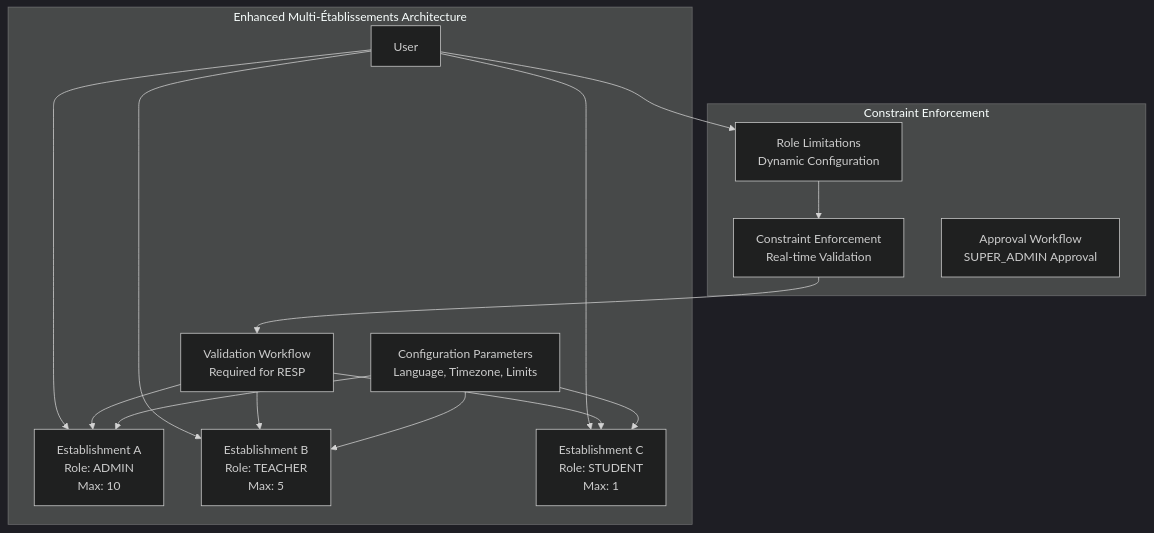
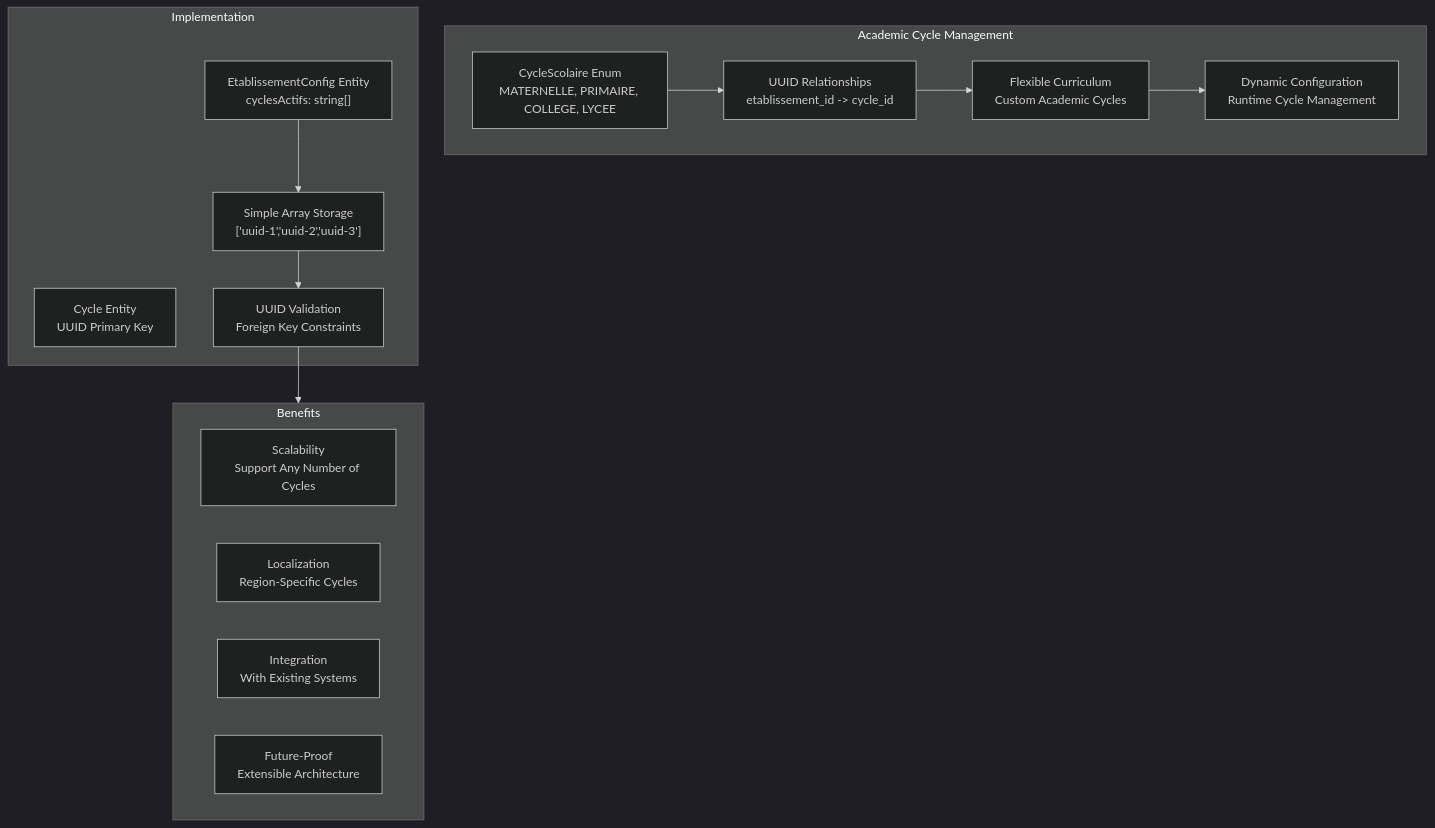
One commit to franckylab/eLISAschool changed the third of 11 diagrams in .qoder/repowiki/en/content/Modules & Features/Administrative Modules/Establishment Management.md. Above: the diagram before and after it, drawn with Mermaid (dark theme). The commit also changed other lines of this file and 95 other files, not shown here.

First line of the commit message:
refactor(architecture): corriger la source de vérité des informations établissement

````diff
--- a/.qoder/repowiki/en/content/Modules & Features/Administrative Modules/Establishment Management.md
+++ b/.qoder/repowiki/en/content/Modules & Features/Administrative Modules/Establishment Management.md
@@ -127,28 +222,27 @@
 ```mermaid
 graph TB
-subgraph "Enhanced Multi-Établissements Architecture"
-User["User"]
-EtabA["Establishment A<br/>Role: ADMIN<br/>Max: 10"]
-EtabB["Establishment B<br/>Role: TEACHER<br/>Max: 5"]
-EtabC["Establishment C<br/>Role: STUDENT<br/>Max: 1"]
-Validation["Validation Workflow<br/>Required for RESP"]
-ConfigParams["Configuration Parameters<br/>Language, Timezone, Limits"]
+subgraph "Academic Cycle Management"
+CycleEnum["CycleScolaire Enum<br/>MATERNELLE, PRIMAIRE, COLLEGE, LYCEE"]
+UUIDRel["UUID Relationships<br/>etablissement_id -> cycle_id"]
+Flexible["Flexible Curriculum<br/>Custom Academic Cycles"]
+Dynamic["Dynamic Configuration<br/>Runtime Cycle Management"]
 end
-subgraph "Constraint Enforcement"
-Limitations["Role Limitations<br/>Dynamic Configuration"]
-Enforcement["Constraint Enforcement<br/>Real-time Validation"]
-Workflow["Approval Workflow<br/>SUPER_ADMIN Approval"]
+subgraph "Implementation"
+CycleEntity["Cycle Entity<br/>UUID Primary Key"]
+ConfigEntity["EtablissementConfig Entity<br/>cyclesActifs: string[]"]
+ArrayStorage["Simple Array Storage<br/>['uuid-1','uuid-2','uuid-3']"]
+Validation["UUID Validation<br/>Foreign Key Constraints"]
 end
-User --> Limitations
-Limitations --> Enforcement
-Enforcement --> Validation
-User --> EtabA
-User --> EtabB
-User --> EtabC
-Validation --> EtabA
-Validation --> EtabB
-Validation --> EtabC
-ConfigParams --> EtabA
-ConfigParams --> EtabB
-ConfigParams --> EtabC
+subgraph "Benefits"
+Scalability["Scalability<br/>Support Any Number of Cycles"]
+Localization["Localization<br/>Region-Specific Cycles"]
+Integration["Integration<br/>With Existing Systems"]
+FutureProof["Future-Proof<br/>Extensible Architecture"]
+end
+CycleEnum --> UUIDRel
+UUIDRel --> Flexible
+Flexible --> Dynamic
+ConfigEntity --> ArrayStorage
+ArrayStorage --> Validation
+Validation --> Benefits
 ```
````
